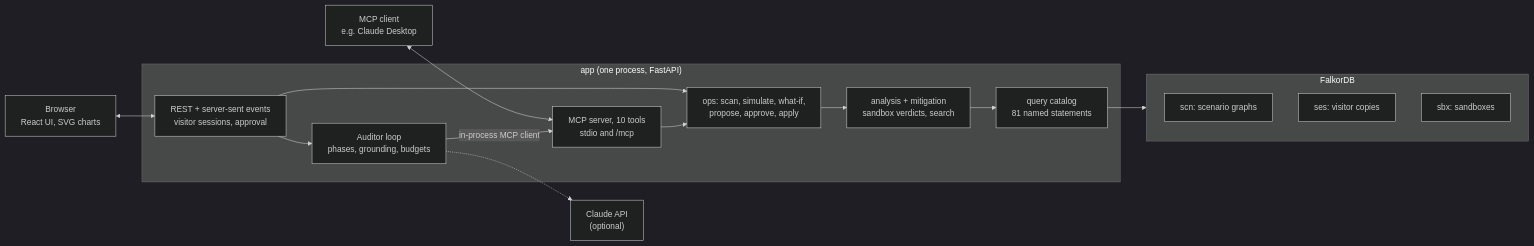
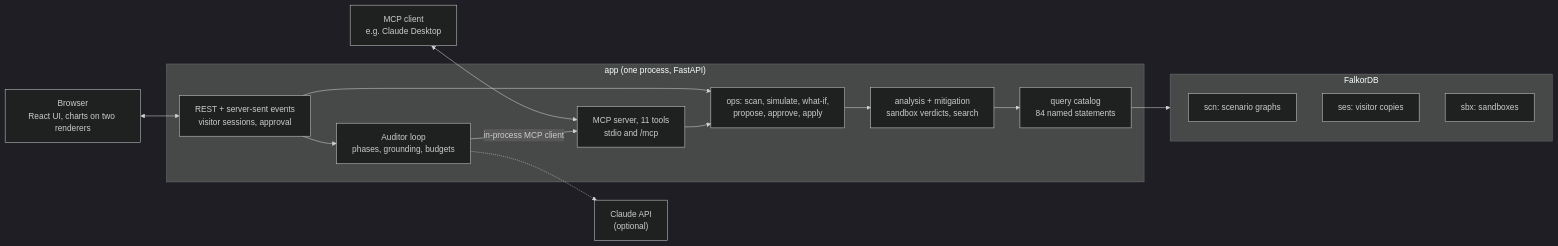
Before and after one commit to kartikangiras/DeVries: the second of 2 diagrams in README.md, drawn with Mermaid (dark theme). The commit also changed other lines of this file, not shown here.

````diff
--- a/README.md
+++ b/README.md
@@ -290,27 +290,27 @@
 ```mermaid
 flowchart LR
-  Browser["Browser<br/>React UI, SVG charts"]
+  Browser["Browser<br/>React UI, charts on two renderers"]
   Client["MCP client<br/>e.g. Claude Desktop"]
   subgraph App["app (one process, FastAPI)"]
     API["REST + server-sent events<br/>visitor sessions, approval"]
-    MCP["MCP server, 10 tools<br/>stdio and /mcp"]
+    MCP["MCP server, 11 tools<br/>stdio and /mcp"]
     Auditor["Auditor loop<br/>phases, grounding, budgets"]
     Ops["ops: scan, simulate, what-if,<br/>propose, approve, apply"]
     Engine["analysis + mitigation<br/>sandbox verdicts, search"]
-    Catalog["query catalog<br/>81 named statements"]
+    Catalog["query catalog<br/>84 named statements"]
   end
   Claude["Claude API<br/>(optional)"]
   subgraph FDB["FalkorDB"]
     Scn["scn: scenario graphs"]
     Ses["ses: visitor copies"]
     Sbx["sbx: sandboxes"]
   end
   Browser <--> API
   Client <--> MCP
   API --> Ops
   API --> Auditor
   Auditor -- "in-process MCP client" --> MCP
   Auditor -.-> Claude
   MCP --> Ops
   Ops --> Engine --> Catalog --> FDB
 ```
````
